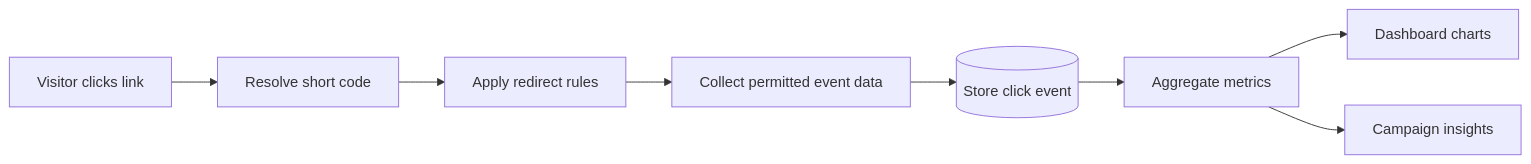
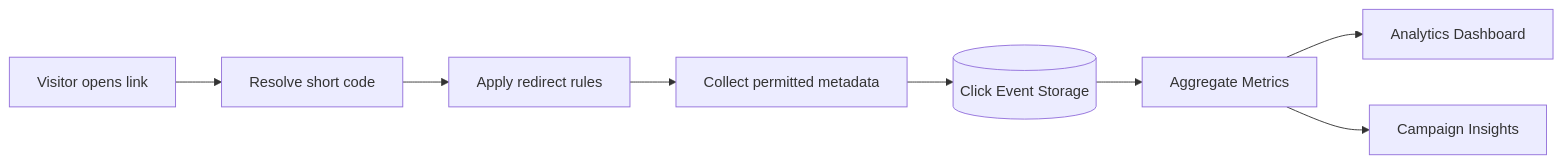
Before and after one commit to SurajRawatr07/LinkPulse: the third of 6 diagrams in README.md, drawn with Mermaid. The commit also changed other lines of this file, not shown here.

````diff
--- a/README.md
+++ b/README.md
@@ -299,15 +390,15 @@
 ```mermaid
 flowchart LR
-    A["Visitor clicks link"]
+    A["Visitor opens link"]
     B["Resolve short code"]
     C["Apply redirect rules"]
-    D["Collect permitted event data"]
-    E[("Store click event")]
-    F["Aggregate metrics"]
-    G["Dashboard charts"]
-    H["Campaign insights"]
+    D["Collect permitted metadata"]
+    E[("Click Event Storage")]
+    F["Aggregate Metrics"]
+    G["Analytics Dashboard"]
+    H["Campaign Insights"]
 
     A --> B --> C --> D --> E --> F
     F --> G
     F --> H
 ```
````
